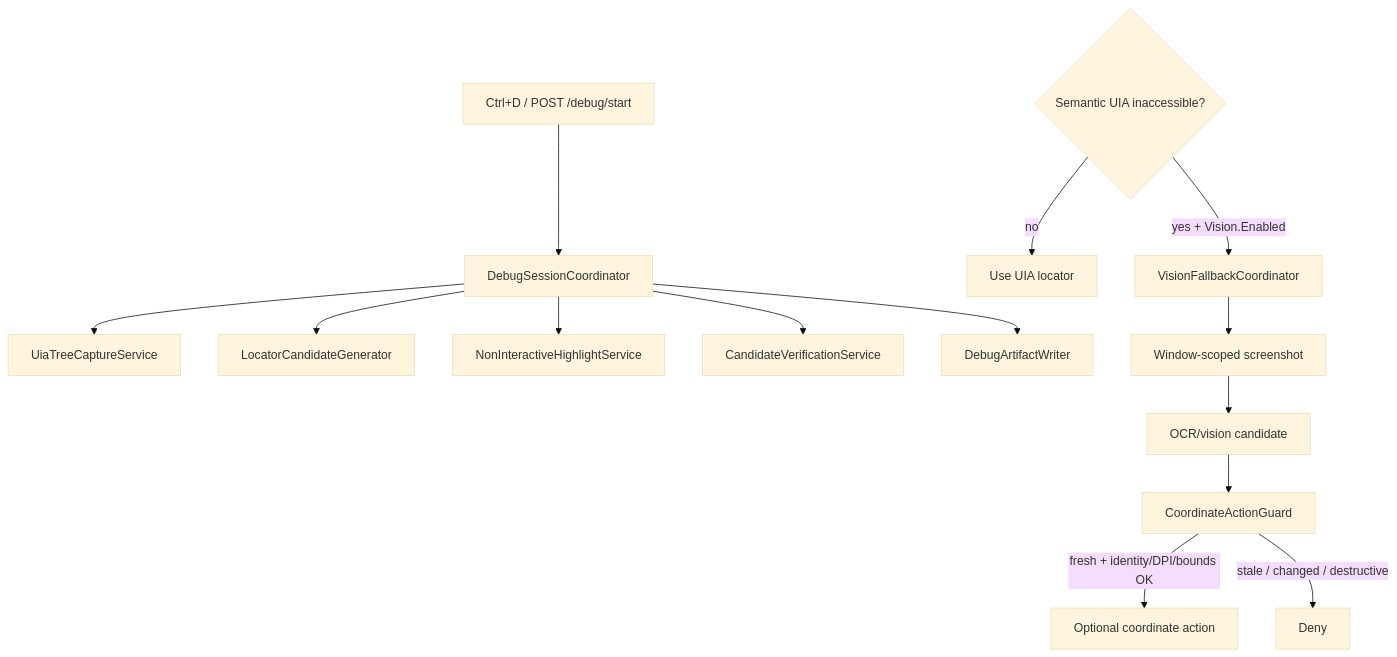
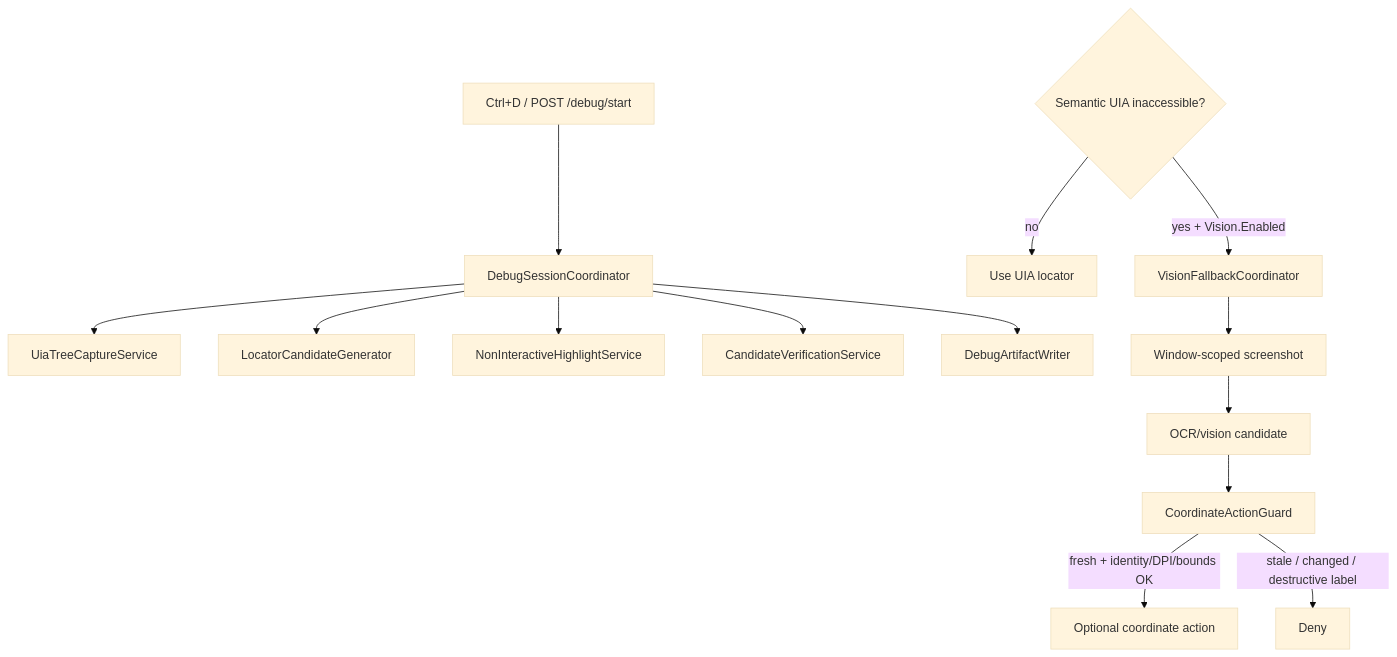
The diagram in docs/phase8-debug-vision.md (sagarchenchu/desktopAutomationHelper), drawn with Mermaid (base theme) before and after one commit. The commit also changed other lines of this file and 22 other files, not shown here.

````diff
--- a/docs/phase8-debug-vision.md
+++ b/docs/phase8-debug-vision.md
@@ -7,16 +7,16 @@
 ```mermaid
 flowchart TD
   D[Ctrl+D / POST /debug/start] --> C[DebugSessionCoordinator]
   C --> T[UiaTreeCaptureService]
   C --> L[LocatorCandidateGenerator]
   C --> H[NonInteractiveHighlightService]
   C --> V[CandidateVerificationService]
   C --> A[DebugArtifactWriter]
   UIA{Semantic UIA inaccessible?} -->|no| Stop[Use UIA locator]
   UIA -->|yes + Vision.Enabled| VF[VisionFallbackCoordinator]
   VF --> S[Window-scoped screenshot]
   S --> O[OCR/vision candidate]
   O --> G[CoordinateActionGuard]
   G -->|fresh + identity/DPI/bounds OK| Click[Optional coordinate action]
-  G -->|stale / changed / destructive| Deny[Deny]
+  G -->|stale / changed / destructive label| Deny[Deny]
 ```
````
